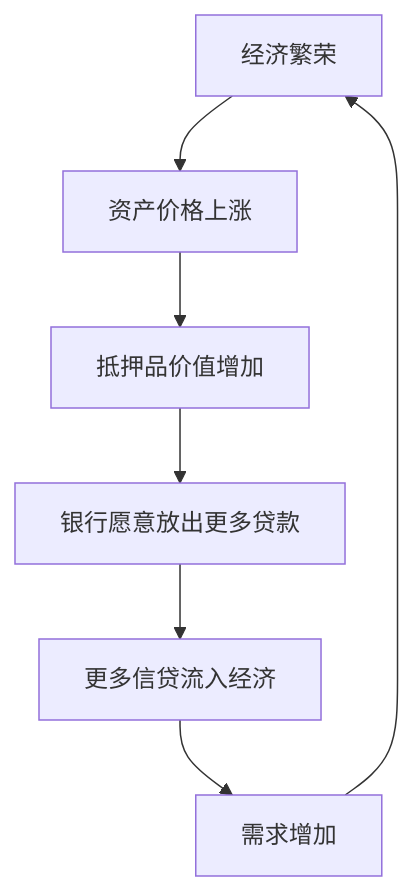
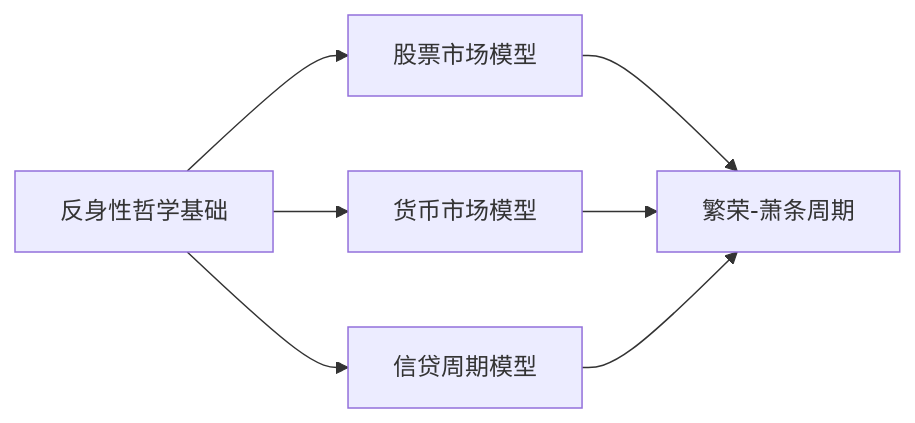
One commit to xdawayer/obsidian changed the first of 2 diagrams in 知识库/经济类/《金融炼金术》 - 乔治·索罗斯.md. Above: the diagram before and after it, drawn with Mermaid. The commit also changed other lines of this file and 43 other files, not shown here.

````diff
--- a/知识库/经济类/《金融炼金术》 - 乔治·索罗斯.md
+++ b/知识库/经济类/《金融炼金术》 - 乔治·索罗斯.md
@@ -103,9 +57,9 @@
 ```mermaid
-graph TD
-    A[经济繁荣] --> B[资产价格上涨]
-    B --> C[抵押品价值增加]
-    C --> D[银行愿意放出更多贷款]
-    D --> E[更多信贷流入经济]
-    E --> F[需求增加]
-    F --> A
+graph LR
+    A[反身性哲学基础] --> B[股票市场模型]
+    A --> C[货币市场模型]
+    A --> D[信贷周期模型]
+    B --> E[繁荣-萧条周期]
+    C --> E
+    D --> E
 ```
````
